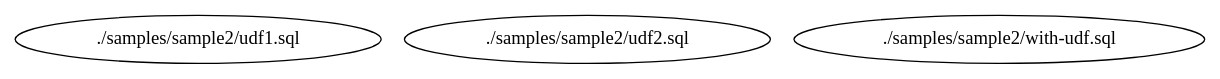
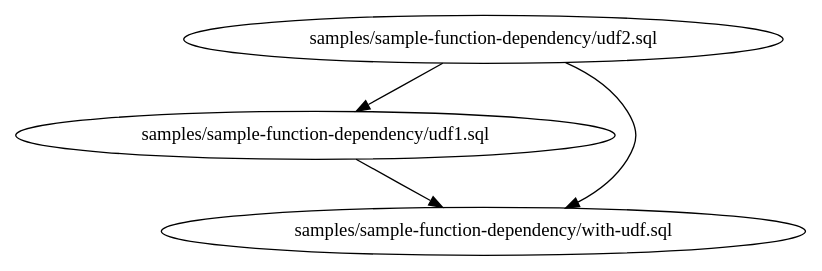
The diagram in samples/sample-function-dependency/dag.dot (Matts966/alphasql), drawn with Graphviz before and after one commit. The commit also changed 4 other files, not shown here.

```diff
--- a/samples/sample-function-dependency/dag.dot
+++ b/samples/sample-function-dependency/dag.dot
@@ -1,5 +1,8 @@
 digraph G {
-0[label="./samples/sample2/udf1.sql"];
-1[label="./samples/sample2/udf2.sql"];
-2[label="./samples/sample2/with-udf.sql"];
+0[label="samples/sample-function-dependency/udf1.sql"];
+1[label="samples/sample-function-dependency/udf2.sql"];
+2[label="samples/sample-function-dependency/with-udf.sql"];
+0->2 ;
+1->2 ;
+1->0 ;
 }
```
